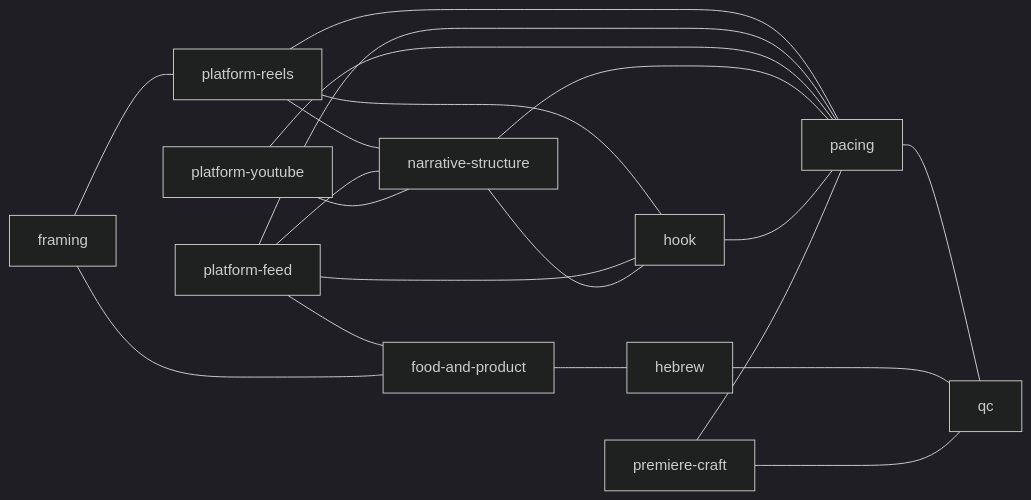
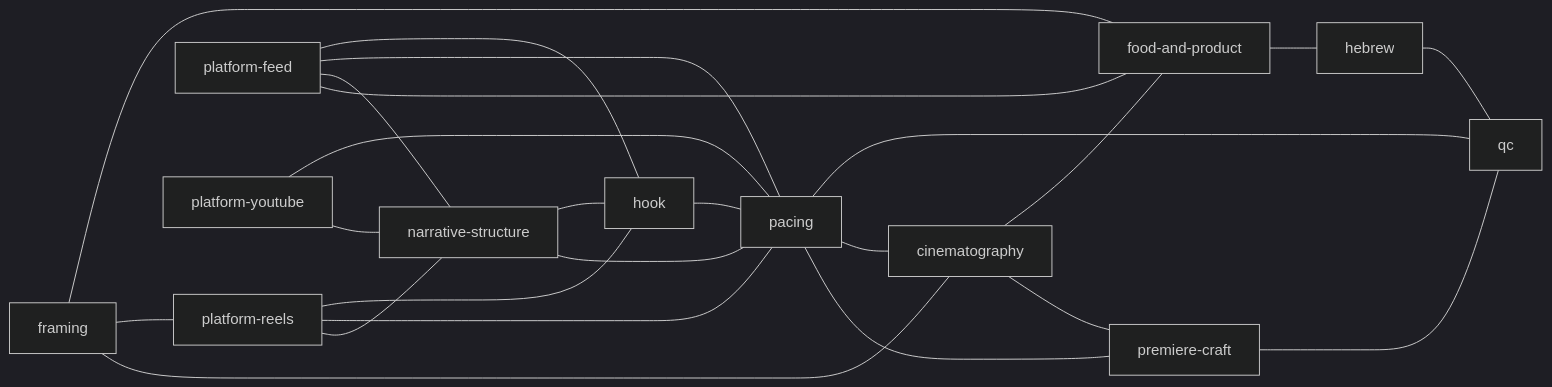
Before and after one commit to oroofarm-lang/Premier-edit: the diagram in Volt/Agents.md, drawn with Mermaid (dark theme). The commit also changed other lines of this file and 9 other files, not shown here.

````diff
--- a/Volt/Agents.md
+++ b/Volt/Agents.md
@@ -57,22 +61,26 @@
 ```mermaid
 graph LR
   platform-reels --- hook
   platform-reels --- pacing
   platform-reels --- narrative-structure
   platform-feed --- hook
   platform-feed --- pacing
   platform-feed --- narrative-structure
   platform-feed --- food-and-product
   platform-youtube --- pacing
   platform-youtube --- narrative-structure
   narrative-structure --- hook
   narrative-structure --- pacing
   hook --- pacing
   pacing --- qc
+  pacing --- cinematography
   framing --- food-and-product
   framing --- platform-reels
+  framing --- cinematography
   food-and-product --- hebrew
   hebrew --- qc
+  cinematography --- food-and-product
+  cinematography --- premiere-craft
   premiere-craft --- qc
   premiere-craft --- pacing
 ```
````
